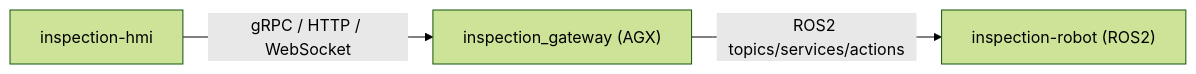
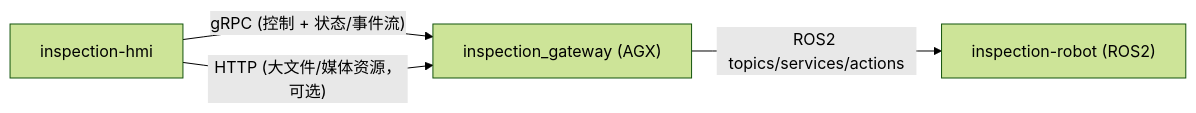
One commit to Misaka21/inspection-hmi changed the diagram in README.md. Above: the diagram before and after it, drawn with Mermaid (forest theme). The commit also changed other lines of this file and 1 other file, not shown here.

````diff
--- a/README.md
+++ b/README.md
@@ -22,9 +24,10 @@
 ```mermaid
 flowchart LR
   UI["inspection-hmi"]
   GW["inspection_gateway (AGX)"]
   ROS["inspection-robot (ROS2)"]
 
-  UI -->|"gRPC / HTTP / WebSocket"| GW
+  UI -->|"gRPC (控制 + 状态/事件流)"| GW
+  UI -->|"HTTP (大文件/媒体资源，可选)"| GW
   GW -->|"ROS2 topics/services/actions"| ROS
 ```
````
